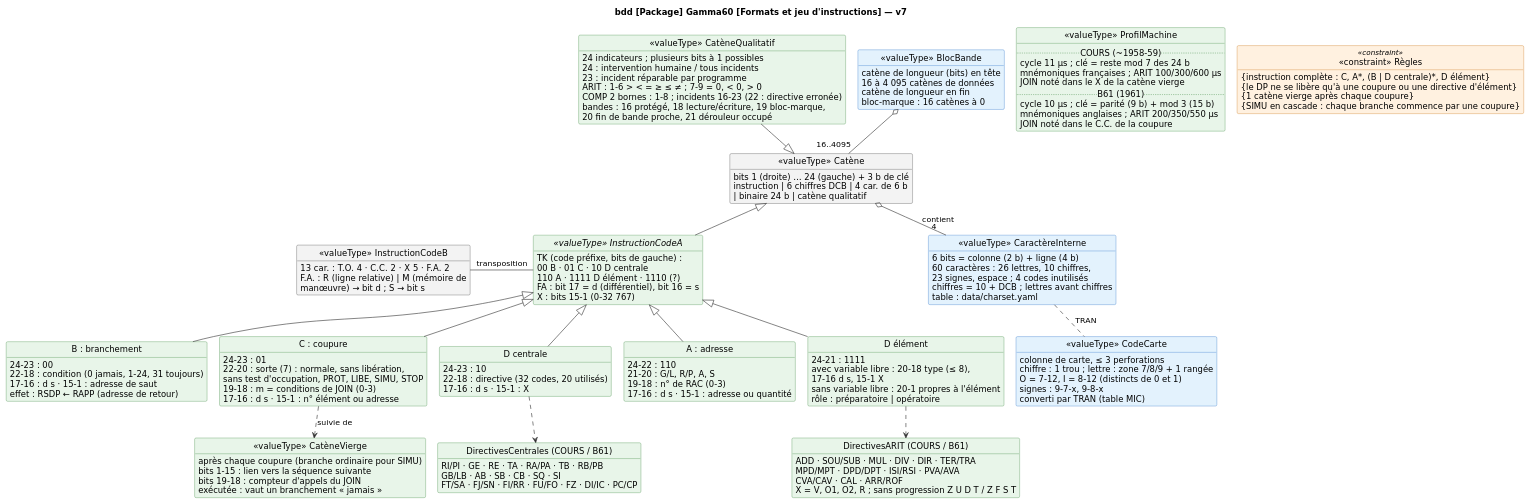
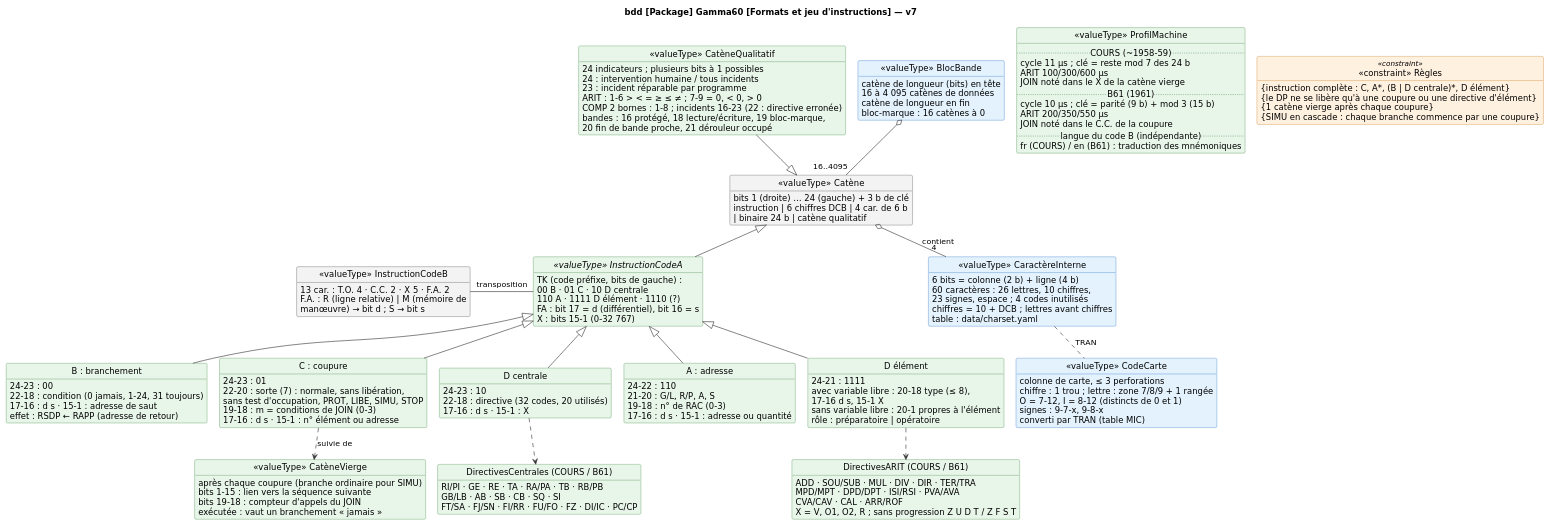
One commit to NAMIP-Computer-Museum/gamma60 changed the second of 9 diagrams in docs/diagrams/gamma60_sysml.puml. Above: the diagram before and after it, drawn with PlantUML. The commit also changed 17 other files, not shown here.

```diff
--- a/docs/diagrams/gamma60_sysml.puml
+++ b/docs/diagrams/gamma60_sysml.puml
@@ -288,166 +288,168 @@
 @startuml gamma60_bdd_types
 skinparam defaultFontName "DejaVu Sans"
 skinparam classAttributeIconSize 0
 skinparam shadowing false
 skinparam nodesep 20
 skinparam ranksep 36
 skinparam class {
   BackgroundColor #F3F3F3
   BorderColor #333333
   ArrowColor #333333
 }
 skinparam class<<v6>> {
   BackgroundColor #E8F5E9
   BorderColor #2E7D32
 }
 skinparam class<<v7>> {
   BackgroundColor #E3F2FD
   BorderColor #1565C0
 }
 skinparam class<<constraint>> {
   BackgroundColor #FFF1E0
   BorderColor #C46A00
 }
 hide circle
 hide empty methods
 hide <<v6>> stereotype
 hide <<v7>> stereotype
 
 title bdd [Package] Gamma60 [Formats et jeu d'instructions] — v7
 
 class "«valueType» Catène" as CAT {
   {field} bits 1 (droite) … 24 (gauche) + 3 b de clé
   {field} instruction | 6 chiffres DCB | 4 car. de 6 b
   {field} | binaire 24 b | catène qualitatif
 }
 
 abstract class "«valueType» InstructionCodeA" as IA <<v6>> {
   {field} TK (code préfixe, bits de gauche) :
   {field}   00 B · 01 C · 10 D centrale
   {field}   110 A · 1111 D élément · 1110 (?)
   {field} FA : bit 17 = d (différentiel), bit 16 = s
   {field} X : bits 15-1 (0-32 767)
 }
 
 class "B : branchement" as IB <<v6>> {
   {field} 24-23 : 00
   {field} 22-18 : condition (0 jamais, 1-24, 31 toujours)
   {field} 17-16 : d s · 15-1 : adresse de saut
   {field} effet : RSDP ← RAPP (adresse de retour)
 }
 class "C : coupure" as IC <<v6>> {
   {field} 24-23 : 01
   {field} 22-20 : sorte (7) : normale, sans libération,
   {field}   sans test d'occupation, PROT, LIBE, SIMU, STOP
   {field} 19-18 : m = conditions de JOIN (0-3)
   {field} 17-16 : d s · 15-1 : n° élément ou adresse
 }
 class "D centrale" as IDC <<v6>> {
   {field} 24-23 : 10
   {field} 22-18 : directive (32 codes, 20 utilisés)
   {field} 17-16 : d s · 15-1 : X
 }
 class "A : adresse" as IAD <<v6>> {
   {field} 24-22 : 110
   {field} 21-20 : G/L, R/P, A, S
   {field} 19-18 : n° de RAC (0-3)
   {field} 17-16 : d s · 15-1 : adresse ou quantité
 }
 class "D élément" as IDE <<v6>> {
   {field} 24-21 : 1111
   {field} avec variable libre : 20-18 type (≤ 8),
   {field}   17-16 d s, 15-1 X
   {field} sans variable libre : 20-1 propres à l'élément
   {field} rôle : préparatoire | opératoire
 }
 
 class "«valueType» InstructionCodeB" as CB {
   {field} 13 car. : T.O. 4 · C.C. 2 · X 5 · F.A. 2
   {field} F.A. : R (ligne relative) | M (mémoire de
   {field}   manœuvre) → bit d ; S → bit s
 }
 
 enum "DirectivesCentrales (COURS / B61)" as DC <<v6>> {
   {field} RI/PI · GE · RE · TA · RA/PA · TB · RB/PB
   {field} GB/LB · AB · SB · CB · SQ · SI
   {field} FT/SA · FJ/SN · FI/RR · FU/FO · FZ · DI/IC · PC/CP
 }
 
 enum "DirectivesARIT (COURS / B61)" as DA <<v6>> {
   {field} ADD · SOU/SUB · MUL · DIV · DIR · TER/TRA
   {field} MPD/MPT · DPD/DPT · ISI/RSI · PVA/AVA
   {field} CVA/CAV · CAL · ARR/ROF
   {field} X = V, O1, O2, R ; sans progression Z U D T / Z F S T
 }
 
 class "«valueType» CatèneVierge" as CV <<v6>> {
   {field} après chaque coupure (branche ordinaire pour SIMU)
   {field} bits 1-15 : lien vers la séquence suivante
   {field} bits 19-18 : compteur d'appels du JOIN
   {field} exécutée : vaut un branchement « jamais »
 }
 
 class "«valueType» CatèneQualitatif" as CQ <<v6>> {
   {field} 24 indicateurs ; plusieurs bits à 1 possibles
   {field} 24 : intervention humaine / tous incidents
   {field} 23 : incident réparable par programme
   {field} ARIT : 1-6 > < = ≥ ≤ ≠ ; 7-9 = 0, < 0, > 0
   {field} COMP 2 bornes : 1-8 ; incidents 16-23 (22 : directive erronée)
   {field} bandes : 16 protégé, 18 lecture/écriture, 19 bloc-marque,
   {field}   20 fin de bande proche, 21 dérouleur occupé
 }
 
 class "«valueType» ProfilMachine" as PM <<v6>> {
   .. COURS (~1958-59) ..
   {field} cycle 11 µs ; clé = reste mod 7 des 24 b
-  {field} mnémoniques françaises ; ARIT 100/300/600 µs
+  {field} ARIT 100/300/600 µs
   {field} JOIN noté dans le X de la catène vierge
   .. B61 (1961) ..
   {field} cycle 10 µs ; clé = parité (9 b) + mod 3 (15 b)
-  {field} mnémoniques anglaises ; ARIT 200/350/550 µs
+  {field} ARIT 200/350/550 µs
   {field} JOIN noté dans le C.C. de la coupure
+  .. langue du code B (indépendante) ..
+  {field} fr (COURS) / en (B61) : traduction des mnémoniques
 }
 
 class "«constraint» Règles" as R <<constraint>> {
   {field} {instruction complète : C, A*, (B | D centrale)*, D élément}
   {field} {le DP ne se libère qu'à une coupure ou une directive d'élément}
   {field} {1 catène vierge après chaque coupure}
   {field} {SIMU en cascade : chaque branche commence par une coupure}
 }
 
 CAT <|-- IA
 IA <|-- IB
 IA <|-- IC
 IA <|-- IDC
 IA <|-- IAD
 IA <|-- IDE
 CB - IA : transposition
 IDC ..> DC
 IDE ..> DA
 IC ..> CV : suivie de
 CQ --|> CAT
 
 class "«valueType» CaractèreInterne" as CI <<v7>> {
   {field} 6 bits = colonne (2 b) + ligne (4 b)
   {field} 60 caractères : 26 lettres, 10 chiffres,
   {field}   23 signes, espace ; 4 codes inutilisés
   {field} chiffres = 10 + DCB ; lettres avant chiffres
   {field} table : data/charset.yaml
 }
 class "«valueType» CodeCarte" as CC <<v7>> {
   {field} colonne de carte, ≤ 3 perforations
   {field} chiffre : 1 trou ; lettre : zone 7/8/9 + 1 rangée
   {field} O = 7-12, I = 8-12 (distincts de 0 et 1)
   {field} signes : 9-7-x, 9-8-x
   {field} converti par TRAN (table MIC)
 }
 class "«valueType» BlocBande" as BB <<v7>> {
   {field} catène de longueur (bits) en tête
   {field} 16 à 4 095 catènes de données
   {field} catène de longueur en fin
   {field} bloc-marque : 16 catènes à 0
 }
 CAT o-- "4" CI : contient
 CI .. CC : « TRAN »
 BB o-- "16..4095" CAT
 @enduml
```
